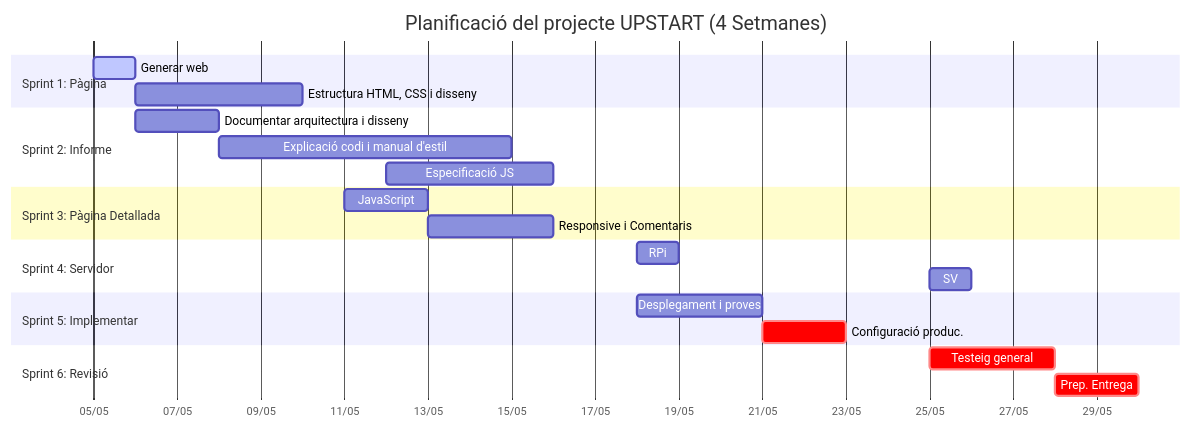
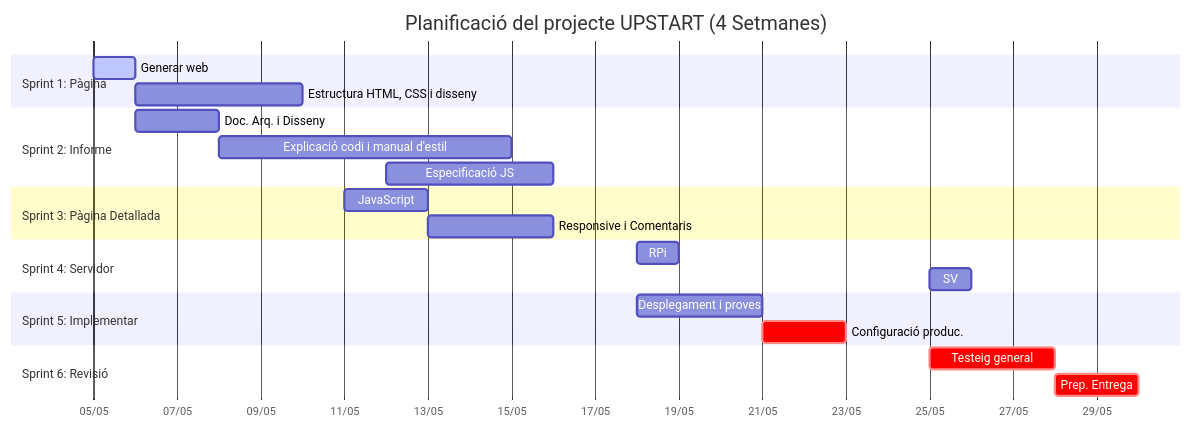
The diagram in README.md (Sukhdeep777/upstart), drawn with Mermaid before and after one commit.

````diff
--- a/README.md
+++ b/README.md
@@ -2,31 +2,31 @@
 ```mermaid
 gantt
     title Planificació del projecte UPSTART (4 Setmanes)
     dateFormat  YYYY-MM-DD
     axisFormat  %d/%m
 
     section Sprint 1: Pàgina
     Generar web :active, s1t1, 2026-05-05, 1d
     Estructura HTML, CSS i disseny     :s1t2, after s1t1, 4d
 
     section Sprint 2: Informe
-    Documentar arquitectura i disseny  :s2t1, 2026-05-06, 2d
+    Doc. Arq. i Disseny  :s2t1, 2026-05-06, 2d
     Explicació codi i manual d'estil   :s2t2, 2026-05-08, 7d
     Especificació JS                   :s2t3, 2026-05-12, 4d
 
     section Sprint 3: Pàgina Detallada
     JavaScript      :s3t1, 2026-05-11, 2d
     Responsive i Comentaris            :s3t2, 2026-05-13, 3d
 
     section Sprint 4: Servidor
     RPi           :s4t1, 2026-05-18, 1d
     SV               :s4t2, 2026-05-25, 1d
 
     section Sprint 5: Implementar
     Desplegament i proves         :s5t1, 2026-05-18, 3d
     Configuració produc.             :crit, s5t2, 2026-05-21, 2d
 
     section Sprint 6: Revisió
     Testeig general             :crit, s6t1, 2026-05-25, 3d
     Prep. Entrega                 :crit, s6t2, 2026-05-28, 2d
 ```
````
